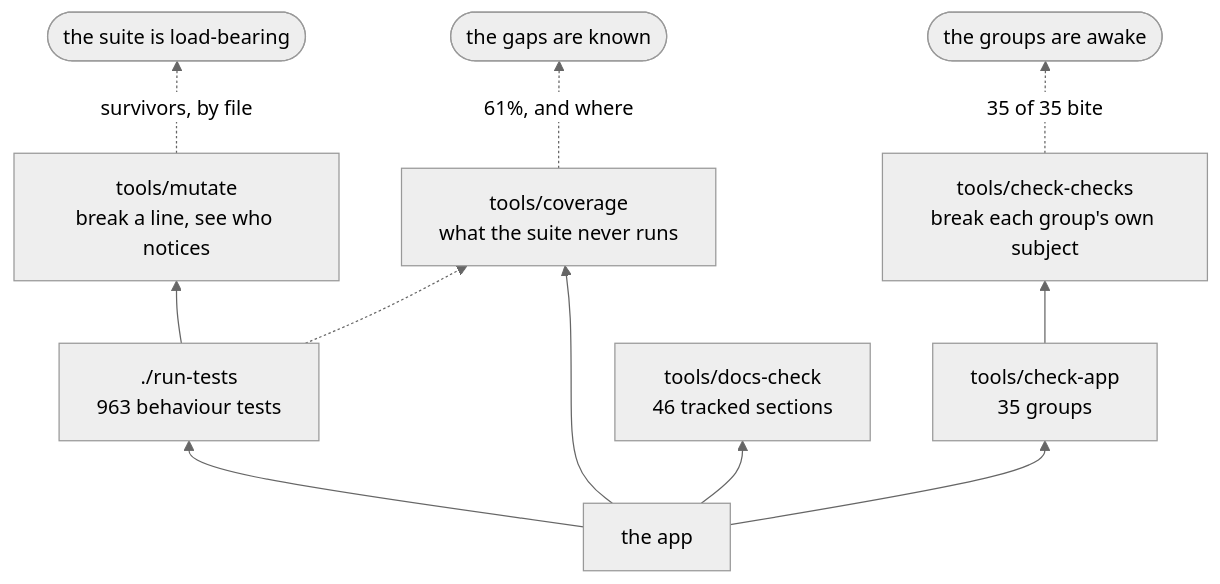
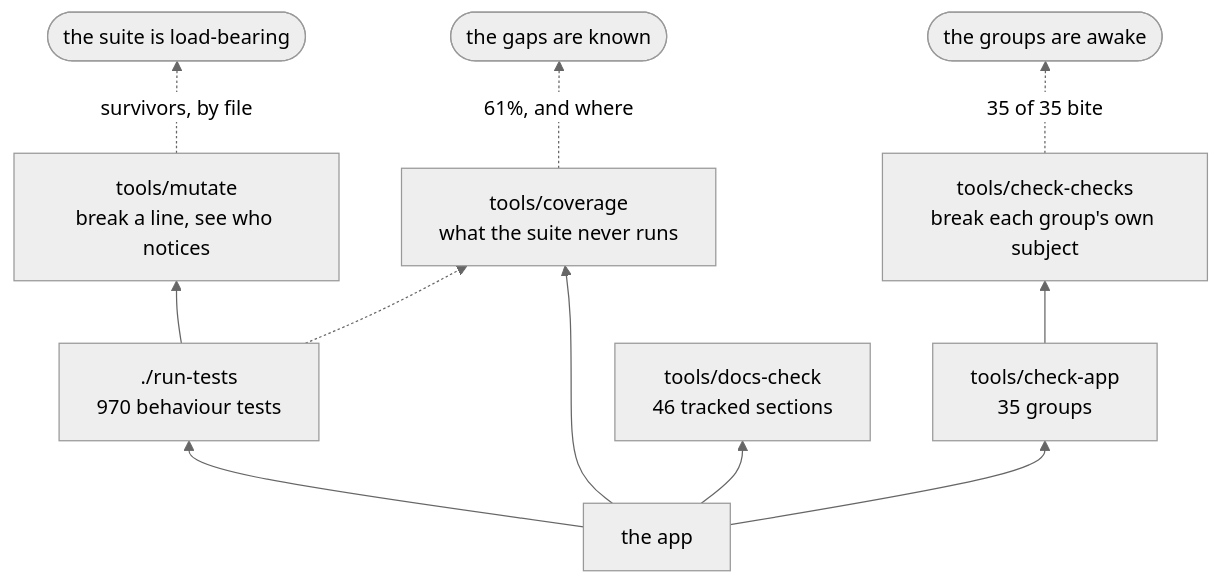
One commit to minormending/crystal-pilot-mobile changed the second of 3 diagrams in docs/DEVELOPING.md. Above: the diagram before and after it, drawn with Mermaid (neutral theme). The commit also changed other lines of this file and 6 other files, not shown here.

````diff
--- a/docs/DEVELOPING.md
+++ b/docs/DEVELOPING.md
@@ -128,13 +128,13 @@
 ```mermaid
 flowchart BT
-    C["the app"] --> T["./run-tests<br/>963 behaviour tests"]
+    C["the app"] --> T["./run-tests<br/>970 behaviour tests"]
     C --> A["tools/check-app<br/>35 groups"]
     C --> D["tools/docs-check<br/>46 tracked sections"]
     C --> V["tools/coverage<br/>what the suite never runs"]
     T --> M["tools/mutate<br/>break a line, see who notices"]
     A --> K["tools/check-checks<br/>break each group's own subject"]
     T -.-> V
     M -.->|"survivors, by file"| R(["the suite is load-bearing"])
     K -.->|"35 of 35 bite"| R2(["the groups are awake"])
     V -.->|"61%, and where"| R3(["the gaps are known"])
 ```
````
